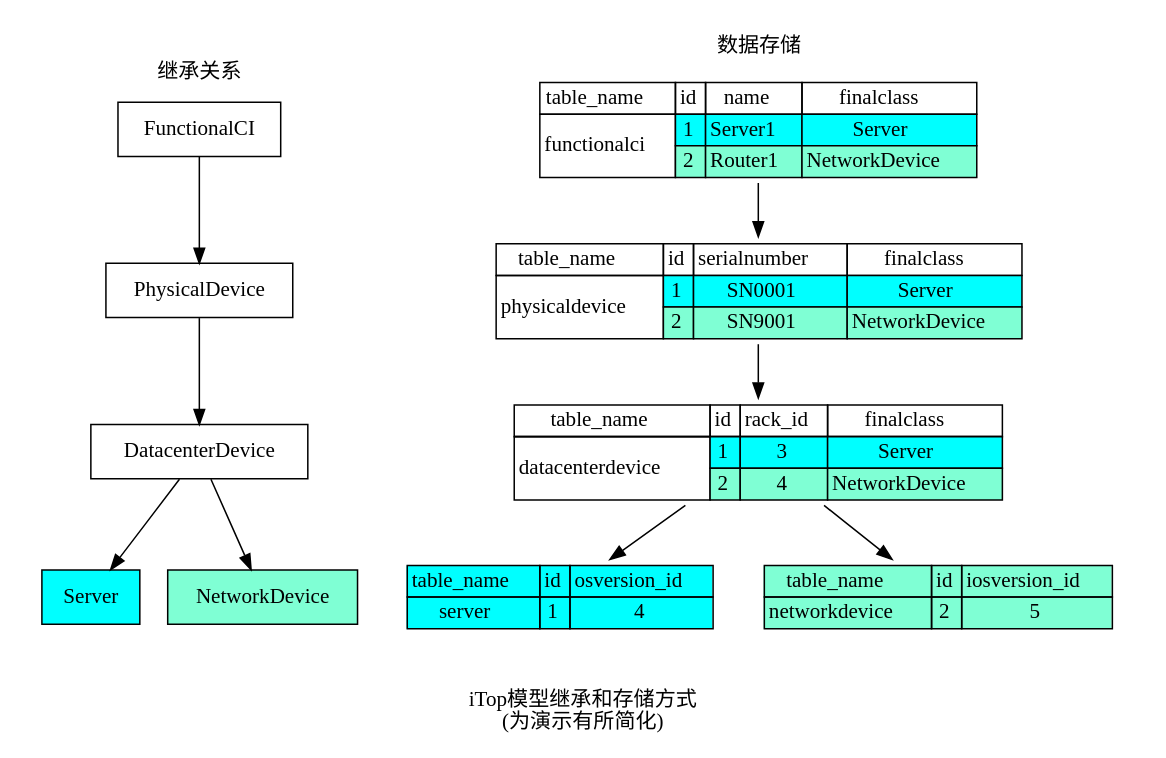
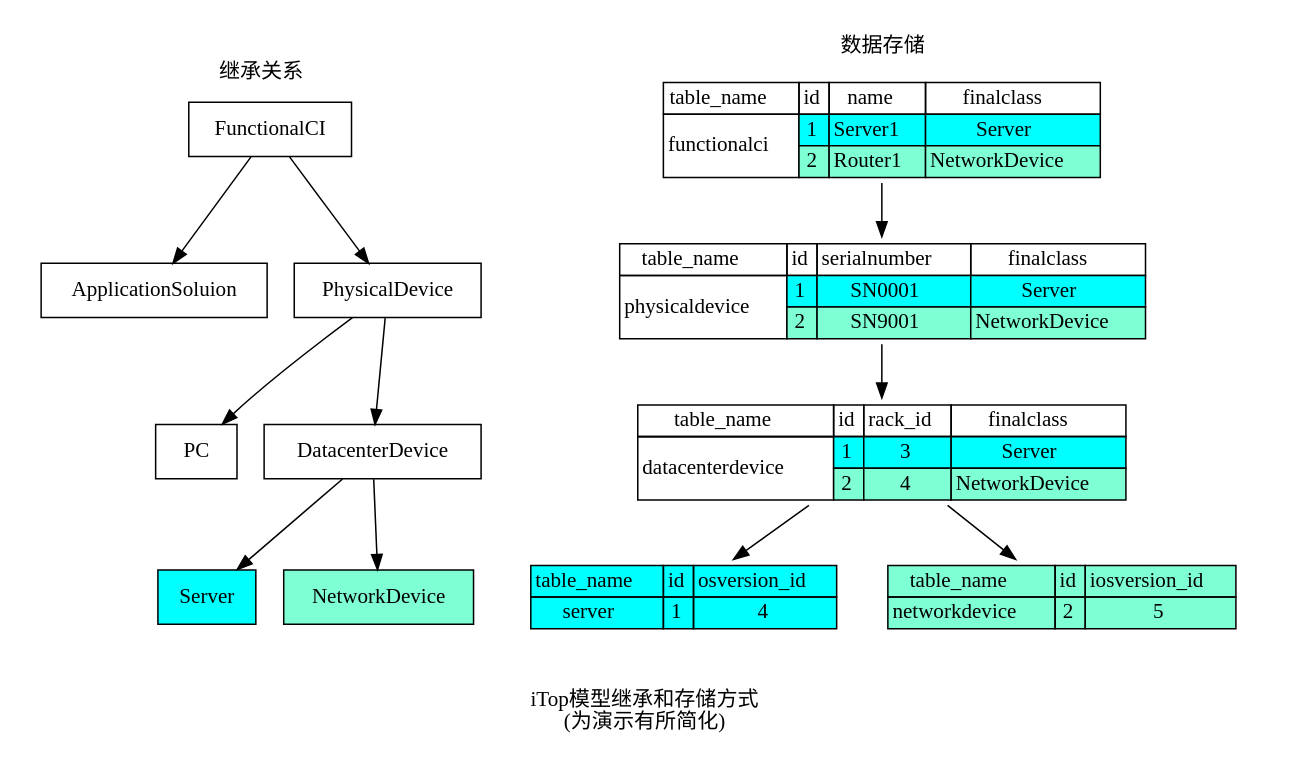
One commit to ops-itop/itop-book changed the diagram in slides/itop-share/src/images/inherit.dot. Above: the diagram before and after it, drawn with Graphviz. The commit also changed 1 other file, not shown here.

```diff
--- a/slides/itop-share/src/images/inherit.dot
+++ b/slides/itop-share/src/images/inherit.dot
@@ -1,74 +1,78 @@
 digraph graphname {
     node [shape=record]
 	fontname="思源宋体"
     subgraph cluster_0 {
         label="继承关系"
         color=white
         functionalci [label="FunctionalCI"]
+		app [label="ApplicationSoluion"]
         physicaldevice [label="PhysicalDevice"]
         //connectableci [label="ConnectableCI"]
+		pc [label="PC"]
         datacenterdevice [label="DatacenterDevice"]
         server [label="Server",style=filled,fillcolor=cyan]
         networkdevice [label="NetworkDevice",style=filled,fillcolor=aquamarine]
         
         functionalci -> physicaldevice -> datacenterdevice -> {server,networkdevice}
+		functionalci -> app
+		physicaldevice -> pc
     }
     
     subgraph cluster_1 {
         label="数据存储"
         color=white
         tb_functionalci [shape=none, label=<<table border="0" cellborder="1" cellspacing="0">
 			<tr>
 				<td>table_name</td><td>id</td><td>name</td><td>finalclass</td>
 			</tr>
 			<tr>
 				<td ROWSPAN="2">functionalci</td><td bgcolor="cyan">1</td><td bgcolor="cyan">Server1</td><td  bgcolor="cyan">Server</td>
 			</tr>
 			<tr>
 				<td bgcolor="aquamarine">2</td><td bgcolor="aquamarine">Router1</td><td bgcolor="aquamarine">NetworkDevice</td>
 			</tr>
 		</table>>]
         tb_physicaldevice [shape=none, label=<<table border="0" cellborder="1" cellspacing="0">
 			<tr>
 				<td>table_name</td><td>id</td><td>serialnumber</td><td>finalclass</td>
 			</tr>
 			<tr>
 				<td ROWSPAN="2">physicaldevice</td><td bgcolor="cyan">1</td><td bgcolor="cyan">SN0001</td><td  bgcolor="cyan">Server</td>
 			</tr>
 			<tr>
 				<td bgcolor="aquamarine">2</td><td bgcolor="aquamarine">SN9001</td><td bgcolor="aquamarine">NetworkDevice</td>
 			</tr>
 		</table>>]
         tb_datacenterdevice [shape=none, label=<<table border="0" cellborder="1" cellspacing="0">
 			<tr>
 				<td>table_name</td><td>id</td><td>rack_id</td><td>finalclass</td>
 			</tr>
 			<tr>
 				<td ROWSPAN="2">datacenterdevice</td><td bgcolor="cyan">1</td><td bgcolor="cyan">3</td><td  bgcolor="cyan">Server</td>
 			</tr>
 			<tr>
 				<td bgcolor="aquamarine">2</td><td bgcolor="aquamarine">4</td><td bgcolor="aquamarine">NetworkDevice</td>
 			</tr>
 		</table>>]
         tb_server [shape=none, label=<<table border="0" bgcolor="cyan" cellborder="1" cellspacing="0">
 			<tr>
 				<td>table_name</td><td>id</td><td>osversion_id</td>
 			</tr>
 			<tr>
 				<td ROWSPAN="2">server</td><td>1</td><td>4</td>
 			</tr>
 		</table>>]
         tb_networkdevice [shape=none, label=<<table bgcolor="aquamarine" border="0" cellborder="1" cellspacing="0">
 			<tr>
 				<td>table_name</td><td>id</td><td>iosversion_id</td>
 			</tr>
 			<tr>
 				<td ROWSPAN="2">networkdevice</td><td>2</td><td>5</td>
 			</tr>
 		</table>>]
         tb_functionalci -> tb_physicaldevice -> tb_datacenterdevice -> {tb_server,tb_networkdevice}
     }
     
     label="\niTop模型继承和存储方式\n(为演示有所简化)"
     //datacenterdevice:e -> tb_datacenterdevice:w
 }
```
